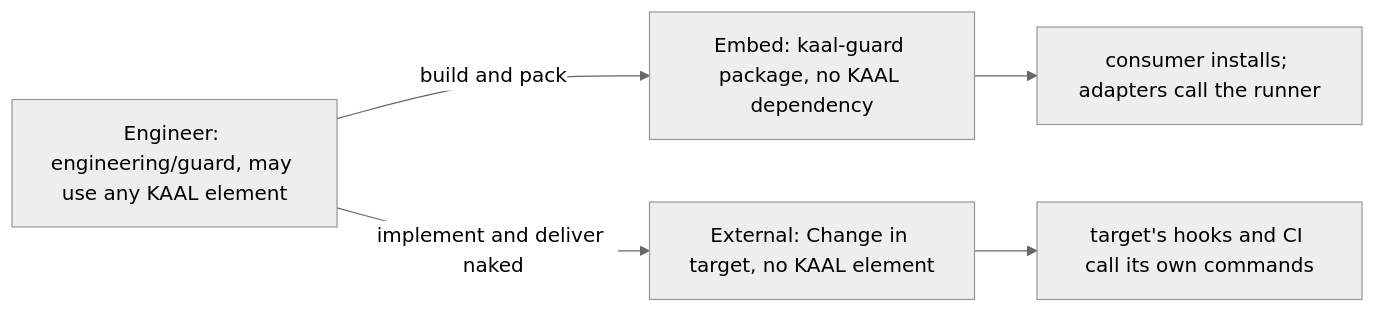
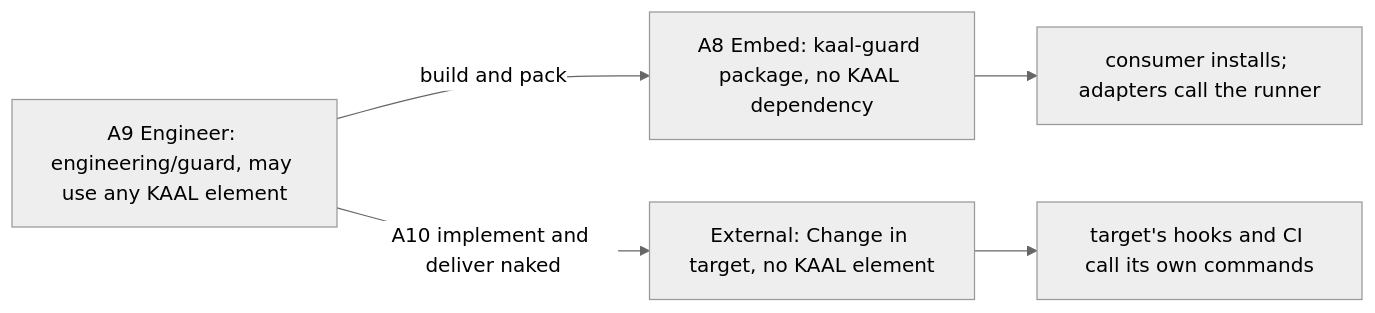
The second of 2 diagrams in engineering/guard/architecture.md (Kai-Hacks-AI/KAAL), drawn with Mermaid (neutral theme) before and after one commit. The commit also changed other lines of this file and 12 other files, not shown here.

````diff
--- a/engineering/guard/architecture.md
+++ b/engineering/guard/architecture.md
@@ -32,8 +32,8 @@
 ```mermaid
 flowchart LR
-  E[Engineer: engineering/guard, may use any KAAL element]
-  E -->|build and pack| P[Embed: kaal-guard package, no KAAL dependency]
-  E -->|implement and deliver naked| X[External: Change in target, no KAAL element]
+  E[A9 Engineer: engineering/guard, may use any KAAL element]
+  E -->|build and pack| P[A8 Embed: kaal-guard package, no KAAL dependency]
+  E -->|A10 implement and deliver naked| X[External: Change in target, no KAAL element]
   P --> C[consumer installs; adapters call the runner]
   X --> T[target's hooks and CI call its own commands]
 ```
````
